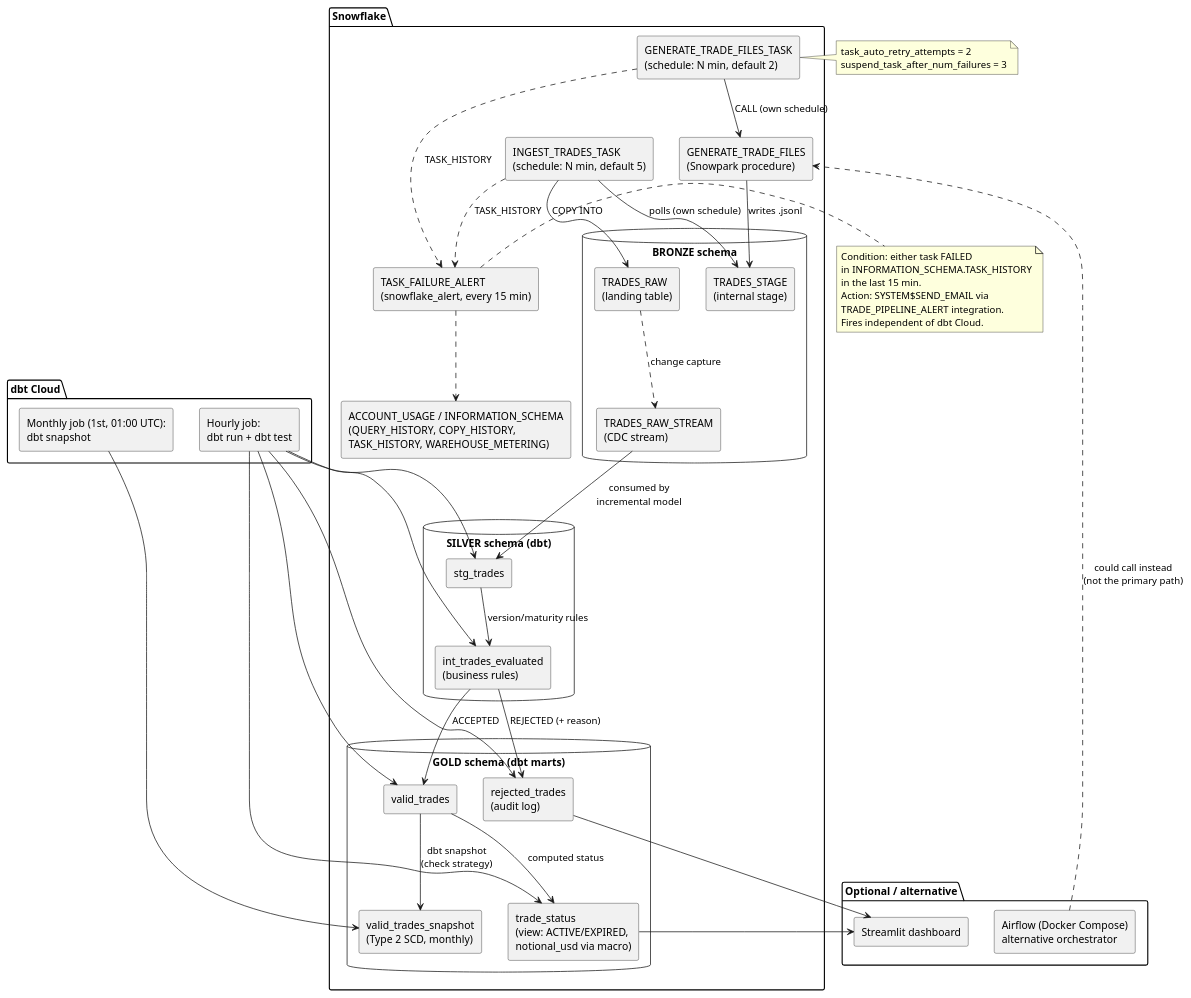
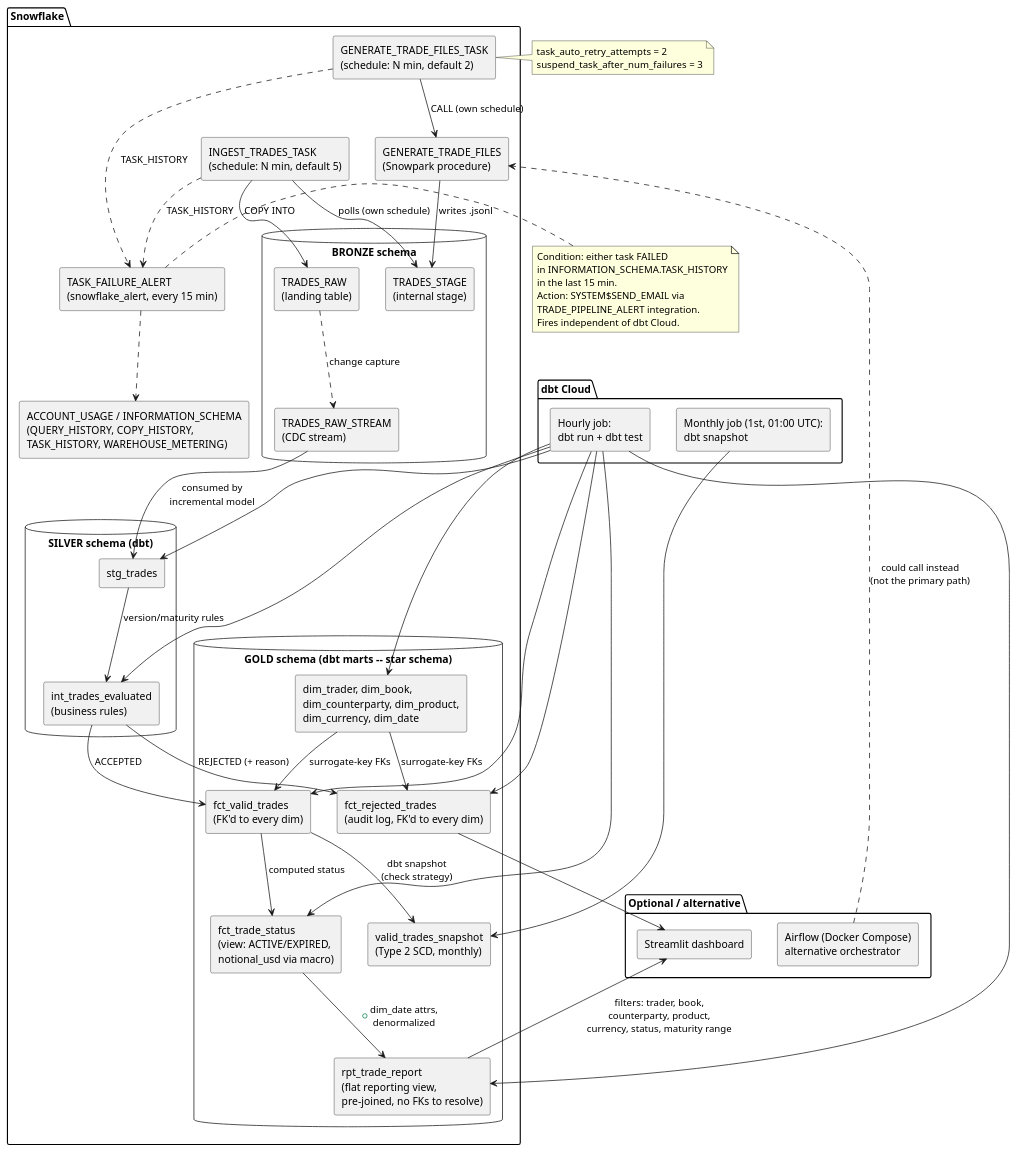
The diagram in docs/architecture.puml (praveen152354/Trade_Analytics), drawn with PlantUML before and after one commit. The commit also changed 28 other files, not shown here.

```diff
--- a/docs/architecture.puml
+++ b/docs/architecture.puml
@@ -1,83 +1,90 @@
 @startuml architecture
 skinparam componentStyle rectangle
 skinparam backgroundColor white
 
 package "Snowflake" {
   component "GENERATE_TRADE_FILES\n(Snowpark procedure)" as PROC
   component "GENERATE_TRADE_FILES_TASK\n(schedule: N min, default 2)" as GENTASK
   component "INGEST_TRADES_TASK\n(schedule: N min, default 5)" as INGESTTASK
 
   database "BRONZE schema" {
     [TRADES_STAGE\n(internal stage)] as STAGE
     [TRADES_RAW\n(landing table)] as RAWTBL
     [TRADES_RAW_STREAM\n(CDC stream)] as STREAM
   }
 
   database "SILVER schema (dbt)" {
     [stg_trades] as STG
     [int_trades_evaluated\n(business rules)] as EVAL
   }
 
-  database "GOLD schema (dbt marts)" {
-    [valid_trades] as VALID
-    [rejected_trades\n(audit log)] as REJ
-    [trade_status\n(view: ACTIVE/EXPIRED,\nnotional_usd via macro)] as STATUS
+  database "GOLD schema (dbt marts -- star schema)" {
+    [dim_trader, dim_book,\ndim_counterparty, dim_product,\ndim_currency, dim_date] as DIMS
+    [fct_valid_trades\n(FK'd to every dim)] as VALID
+    [fct_rejected_trades\n(audit log, FK'd to every dim)] as REJ
+    [fct_trade_status\n(view: ACTIVE/EXPIRED,\nnotional_usd via macro)] as STATUS
+    [rpt_trade_report\n(flat reporting view,\npre-joined, no FKs to resolve)] as RPT
     [valid_trades_snapshot\n(Type 2 SCD, monthly)] as SNAP
   }
 
   [TASK_FAILURE_ALERT\n(snowflake_alert, every 15 min)] as ALERT
   [ACCOUNT_USAGE / INFORMATION_SCHEMA\n(QUERY_HISTORY, COPY_HISTORY,\nTASK_HISTORY, WAREHOUSE_METERING)] as ADMIN
 }
 
 package "dbt Cloud" {
   [Hourly job:\ndbt run + dbt test] as DBT
   [Monthly job (1st, 01:00 UTC):\ndbt snapshot] as DBTSNAP
 }
 
 package "Optional / alternative" {
   [Streamlit dashboard] as DASH
   [Airflow (Docker Compose)\nalternative orchestrator] as AF
 }
 
 GENTASK --> PROC : CALL (own schedule)
 PROC --> STAGE : writes .jsonl
 INGESTTASK --> STAGE : polls (own schedule)
 INGESTTASK --> RAWTBL : COPY INTO
 RAWTBL ..> STREAM : change capture
 STREAM --> STG : consumed by\nincremental model
 STG --> EVAL : version/maturity rules
 EVAL --> VALID : ACCEPTED
 EVAL --> REJ : REJECTED (+ reason)
+DIMS --> VALID : surrogate-key FKs
+DIMS --> REJ : surrogate-key FKs
 VALID --> STATUS : computed status
+STATUS --> RPT : + dim_date attrs,\ndenormalized
 VALID --> SNAP : dbt snapshot\n(check strategy)
 DBT --> STG
 DBT --> EVAL
+DBT --> DIMS
 DBT --> VALID
 DBT --> REJ
 DBT --> STATUS
+DBT --> RPT
 DBTSNAP --> SNAP
 
-STATUS --> DASH
+RPT --> DASH : filters: trader, book,\ncounterparty, product,\ncurrency, status, maturity range
 REJ --> DASH
 
 GENTASK ..> ALERT : TASK_HISTORY
 INGESTTASK ..> ALERT : TASK_HISTORY
 ALERT ..> ADMIN
 
 AF ..> PROC : could call instead\n(not the primary path)
 
 note right of ALERT
   Condition: either task FAILED
   in INFORMATION_SCHEMA.TASK_HISTORY
   in the last 15 min.
   Action: SYSTEM$SEND_EMAIL via
   TRADE_PIPELINE_ALERT integration.
   Fires independent of dbt Cloud.
 end note
 
 note right of GENTASK
   task_auto_retry_attempts = 2
   suspend_task_after_num_failures = 3
 end note
 
 @enduml
```
